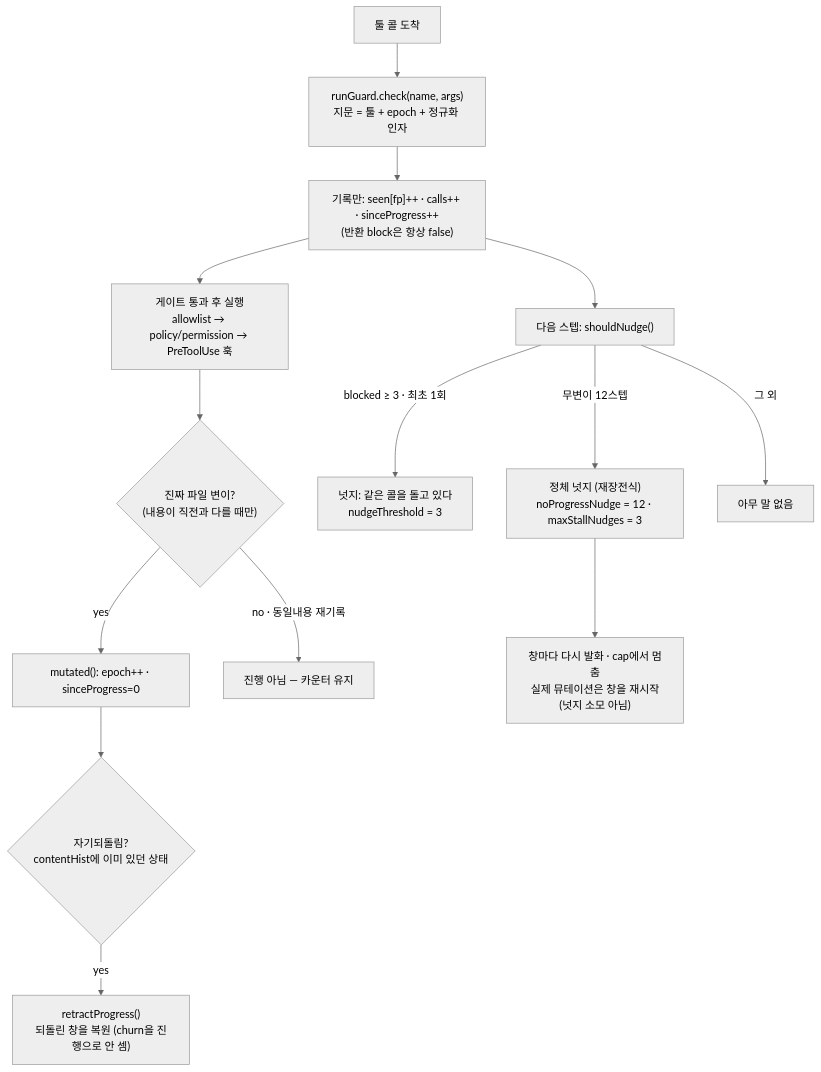
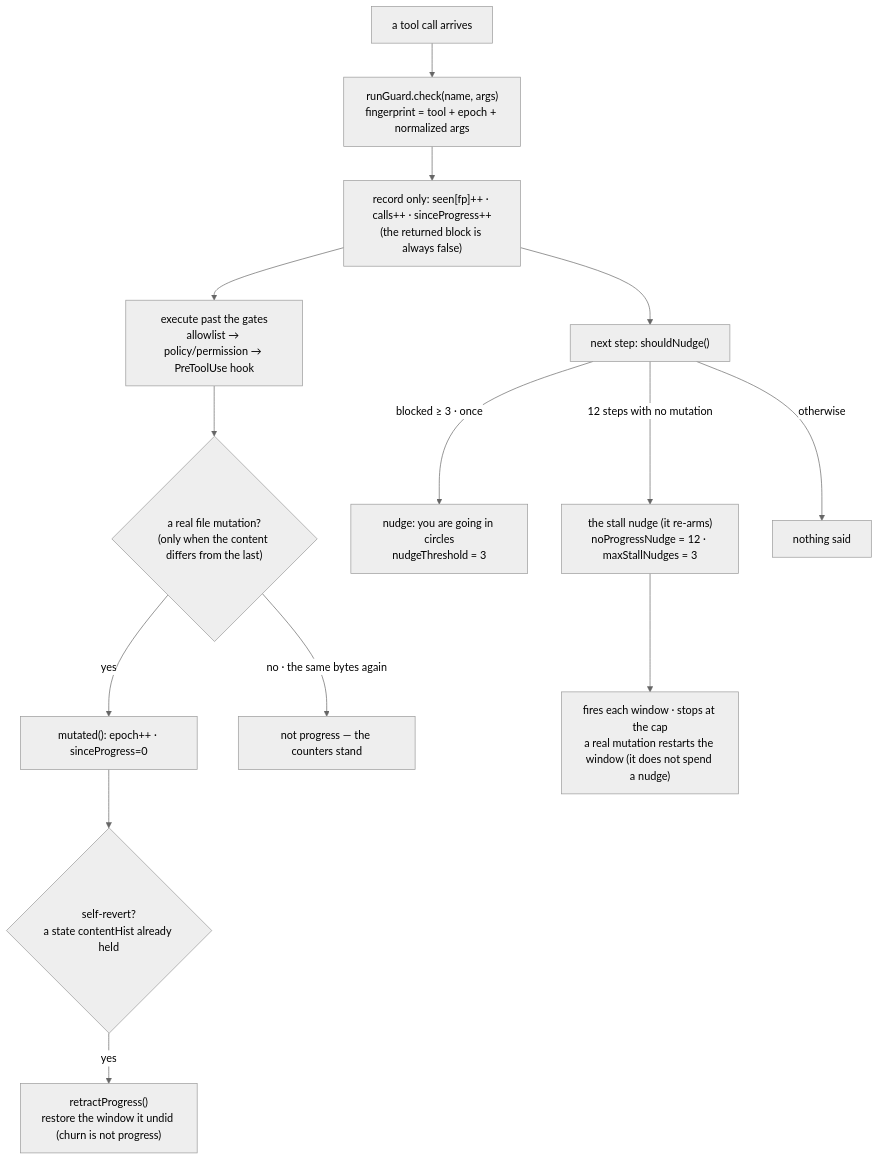
One commit to sayaya1090/magi changed the third of 10 diagrams in docs/DIAGRAMS.md. Above: the diagram before and after it, drawn with Mermaid. The commit also changed other lines of this file and 5 other files, not shown here.

First line of the commit message:
docs: split DIAGRAMS into English and Korean

````diff
--- a/docs/DIAGRAMS.md
+++ b/docs/DIAGRAMS.md
@@ -124,18 +129,18 @@
 ```mermaid
 %%{init: {'theme':'neutral','flowchart':{'curve':'basis'}}}%%
 flowchart TD
-  C["툴 콜 도착"] --> CH["runGuard.check(name, args)<br/>지문 = 툴 + epoch + 정규화 인자"]
-  CH --> REC["기록만: seen[fp]++ · calls++ · sinceProgress++<br/>(반환 block은 항상 false)"]
-  REC --> RUN["게이트 통과 후 실행<br/>allowlist → policy/permission → PreToolUse 훅"]
-  RUN --> MU{"진짜 파일 변이?<br/>(내용이 직전과 다를 때만)"}
+  C["a tool call arrives"] --> CH["runGuard.check(name, args)<br/>fingerprint = tool + epoch + normalized args"]
+  CH --> REC["record only: seen[fp]++ · calls++ · sinceProgress++<br/>(the returned block is always false)"]
+  REC --> RUN["execute past the gates<br/>allowlist → policy/permission → PreToolUse hook"]
+  RUN --> MU{"a real file mutation?<br/>(only when the content differs from the last)"}
   MU -- "yes" --> RST["mutated(): epoch++ · sinceProgress=0"]
-  MU -- "no · 동일내용 재기록" --> NOP["진행 아님 — 카운터 유지"]
-  RST --> SR{"자기되돌림?<br/>contentHist에 이미 있던 상태"}
-  SR -- "yes" --> RETR["retractProgress()<br/>되돌린 창을 복원 (churn을 진행으로 안 셈)"]
+  MU -- "no · the same bytes again" --> NOP["not progress — the counters stand"]
+  RST --> SR{"self-revert?<br/>a state contentHist already held"}
+  SR -- "yes" --> RETR["retractProgress()<br/>restore the window it undid (churn is not progress)"]
 
-  REC --> SN["다음 스텝: shouldNudge()"]
-  SN -- "blocked ≥ 3 · 최초 1회" --> NB["넛지: 같은 콜을 돌고 있다<br/>nudgeThreshold = 3"]
-  SN -- "무변이 12스텝" --> NS["정체 넛지 (재장전식)<br/>noProgressNudge = 12 · maxStallNudges = 3"]
-  NS --> RE["창마다 다시 발화 · cap에서 멈춤<br/>실제 뮤테이션은 창을 재시작(넛지 소모 아님)"]
-  SN -- "그 외" --> Q["아무 말 없음"]
+  REC --> SN["next step: shouldNudge()"]
+  SN -- "blocked ≥ 3 · once" --> NB["nudge: you are going in circles<br/>nudgeThreshold = 3"]
+  SN -- "12 steps with no mutation" --> NS["the stall nudge (it re-arms)<br/>noProgressNudge = 12 · maxStallNudges = 3"]
+  NS --> RE["fires each window · stops at the cap<br/>a real mutation restarts the window (it does not spend a nudge)"]
+  SN -- "otherwise" --> Q["nothing said"]
 ```
````
